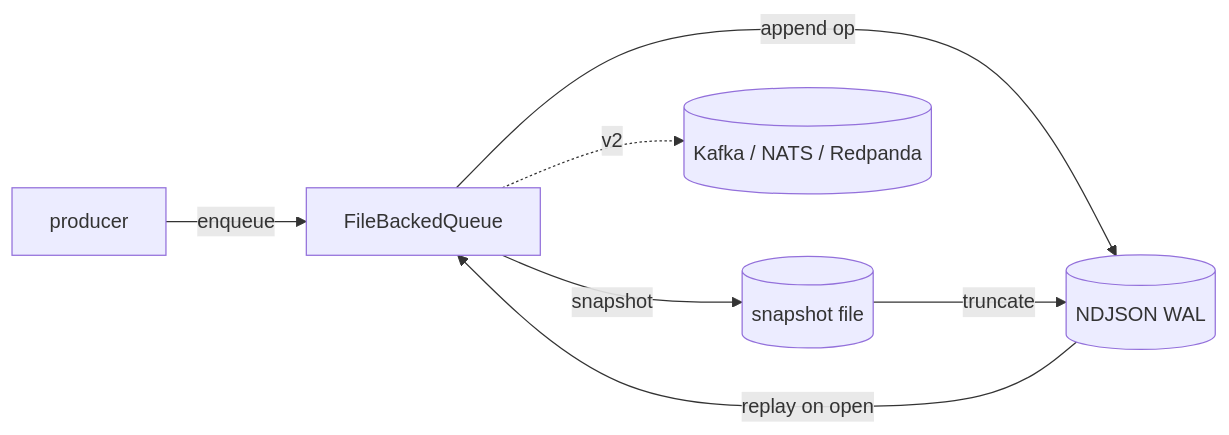
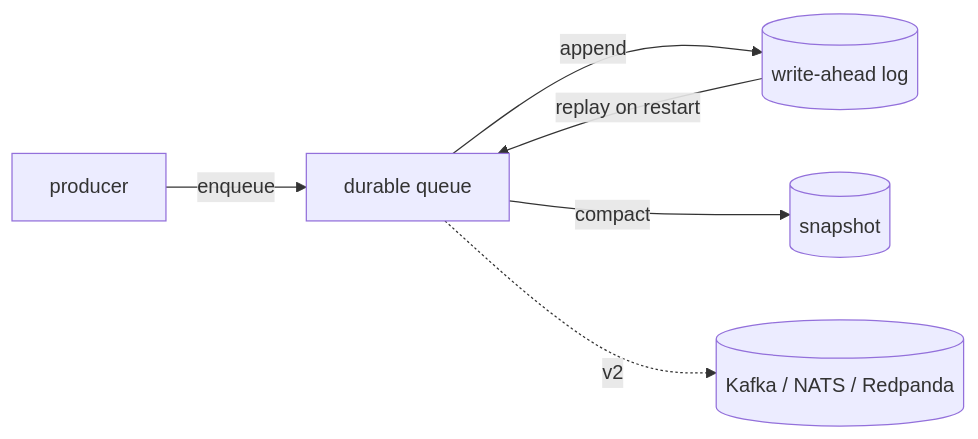
One commit to andrealaforgia/kaleidoscope-site changed the diagram in src/content/docs/components/sluice.md. Above: the diagram before and after it, drawn with Mermaid. The commit also changed other lines of this file and 23 other files, not shown here.

````diff
--- a/src/content/docs/components/sluice.md
+++ b/src/content/docs/components/sluice.md
@@ -28,9 +28,8 @@
 ```mermaid
 flowchart LR
- P[producer] -->|enqueue| Q[FileBackedQueue]
- Q -->|append op| WAL[(NDJSON WAL)]
- Q -->|snapshot| Snap[(snapshot file)]
- Snap -->|truncate| WAL
- WAL -->|replay on open| Q
- Q -.->|v2| Brokers[(Kafka / NATS / Redpanda)]
+    P[producer] -->|enqueue| Q[durable queue]
+    Q -->|append| WAL[(write-ahead log)]
+    Q -->|compact| Snap[(snapshot)]
+    WAL -->|replay on restart| Q
+    Q -.->|v2| Brokers[(Kafka / NATS / Redpanda)]
 ```
````
